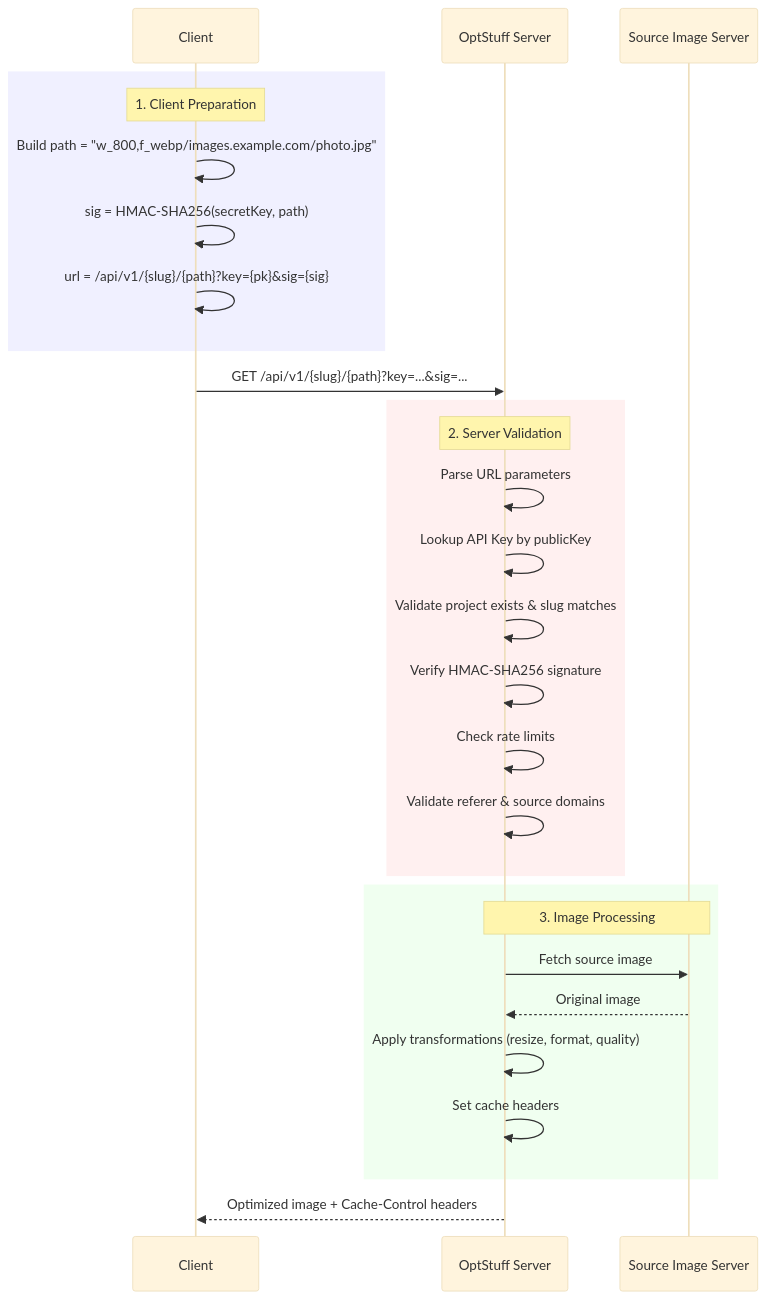
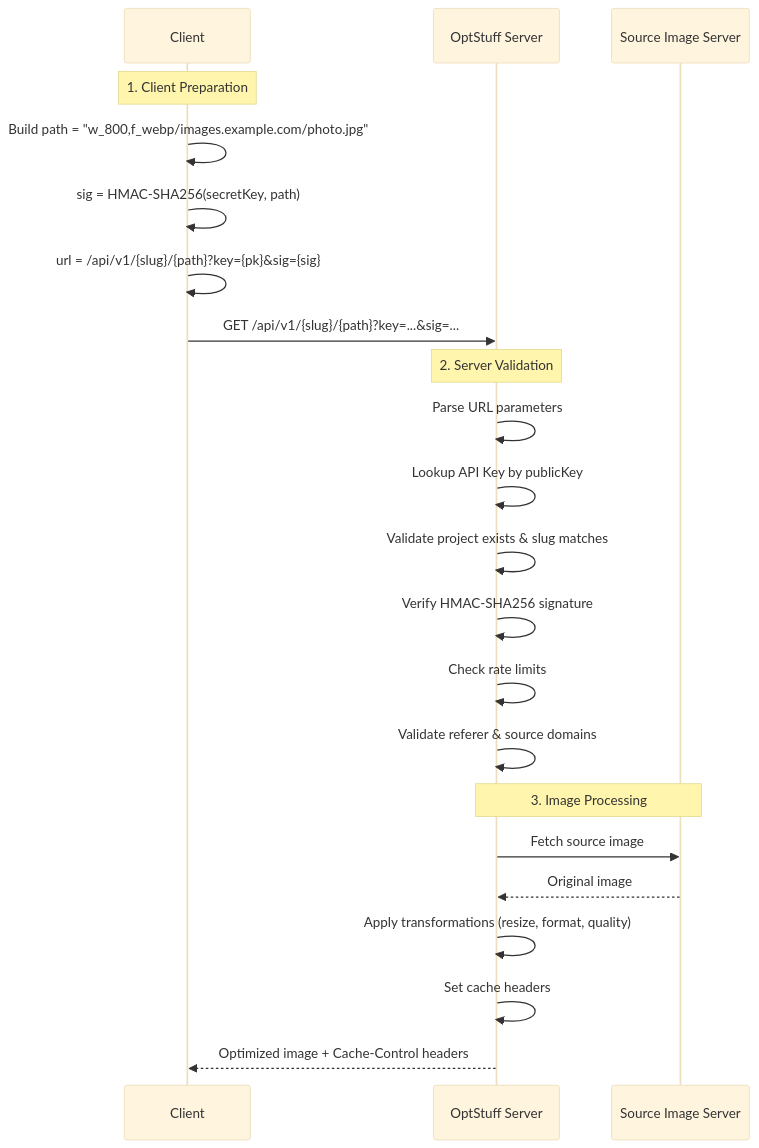
One commit to EricTsai83/optstuff changed the fifth of 5 diagrams in apps/docs/content/docs/internal/system-overview.mdx. Above: the diagram before and after it, drawn with Mermaid (base theme). The commit also changed other lines of this file and 7 other files, not shown here.

````diff
--- a/apps/docs/content/docs/internal/system-overview.mdx
+++ b/apps/docs/content/docs/internal/system-overview.mdx
@@ -217,35 +163,29 @@
 ```mermaid
 sequenceDiagram
   participant Client
   participant OptStuff as OptStuff Server
   participant Origin as Source Image Server
 
-  rect rgb(240, 240, 255)
   Note over Client: 1. Client Preparation
   Client->>Client: Build path = "w_800,f_webp/images.example.com/photo.jpg"
   Client->>Client: sig = HMAC-SHA256(secretKey, path)
   Client->>Client: url = /api/v1/{slug}/{path}?key={pk}&sig={sig}
-  end
 
   Client->>OptStuff: GET /api/v1/{slug}/{path}?key=...&sig=...
 
-  rect rgb(255, 240, 240)
   Note over OptStuff: 2. Server Validation
   OptStuff->>OptStuff: Parse URL parameters
   OptStuff->>OptStuff: Lookup API Key by publicKey
   OptStuff->>OptStuff: Validate project exists & slug matches
   OptStuff->>OptStuff: Verify HMAC-SHA256 signature
   OptStuff->>OptStuff: Check rate limits
   OptStuff->>OptStuff: Validate referer & source domains
-  end
 
-  rect rgb(240, 255, 240)
   Note over OptStuff,Origin: 3. Image Processing
   OptStuff->>Origin: Fetch source image
   Origin-->>OptStuff: Original image
   OptStuff->>OptStuff: Apply transformations (resize, format, quality)
   OptStuff->>OptStuff: Set cache headers
-  end
 
   OptStuff-->>Client: Optimized image + Cache-Control headers
 ```
````
